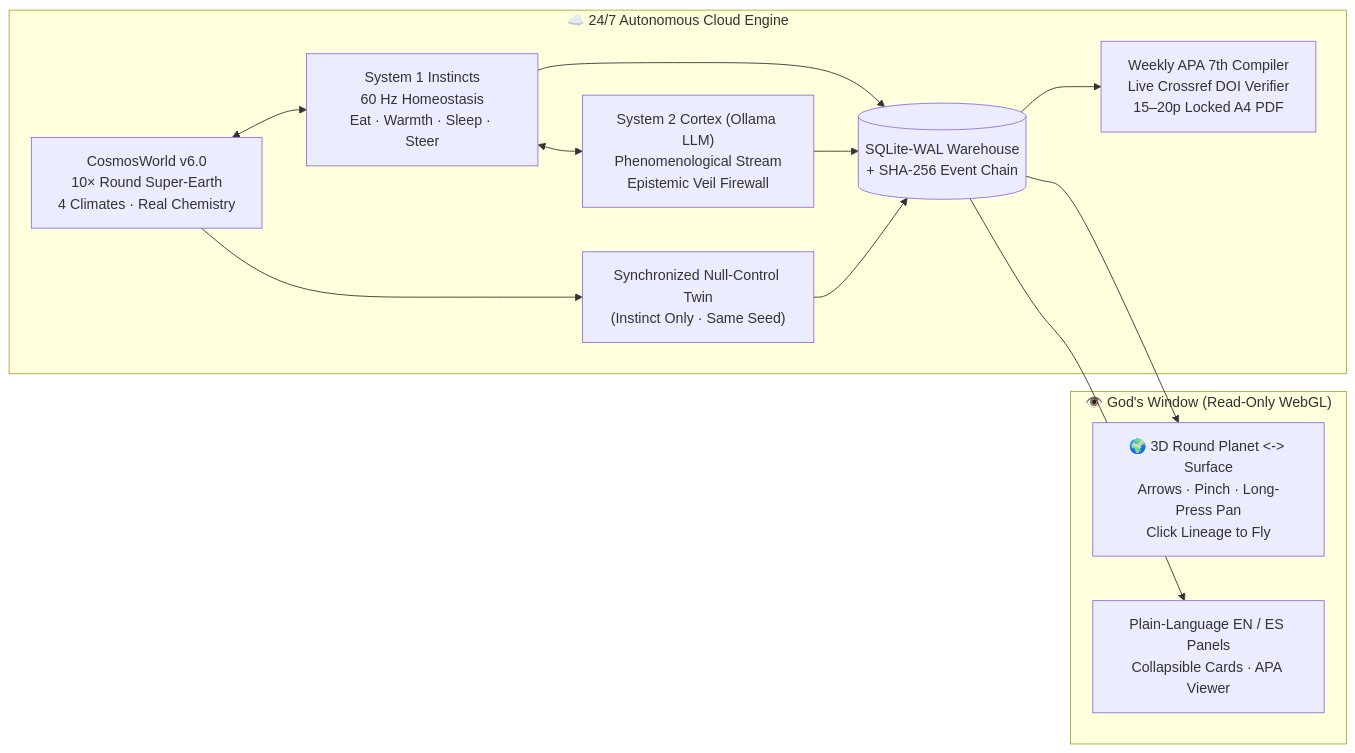
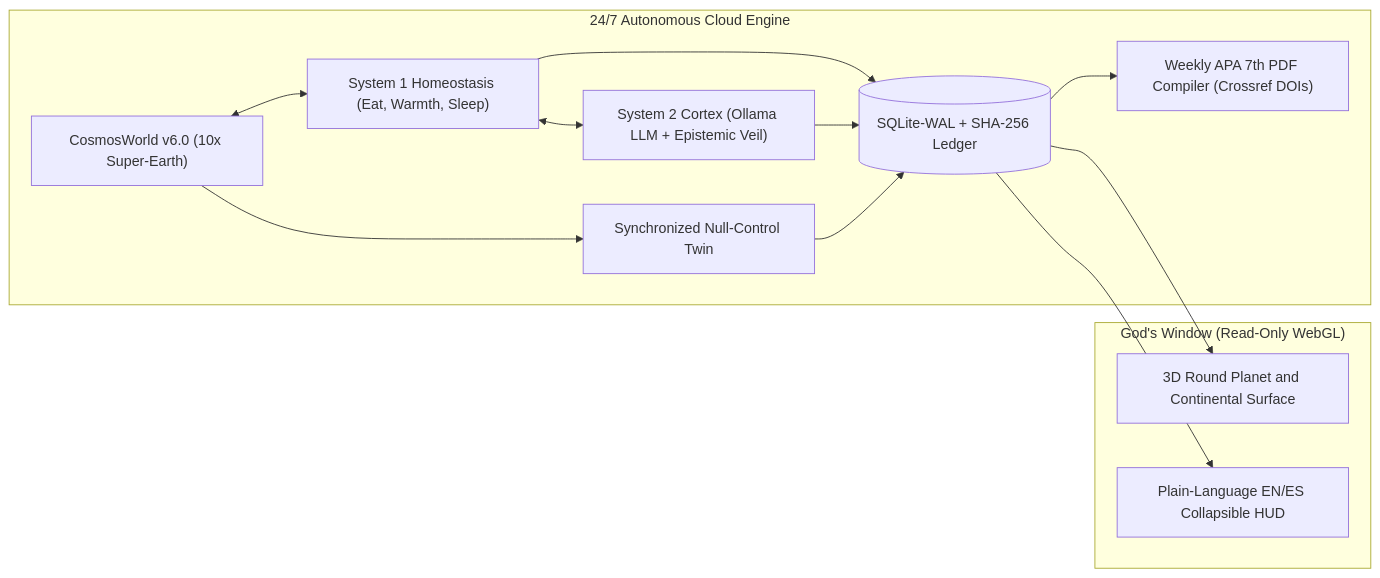
One commit to sergiobuedo/the-new-genesis changed the diagram in README.md. Above: the diagram before and after it, drawn with Mermaid. The commit also changed other lines of this file and 5 other files, not shown here.

Commit message:
fix(cloud): use python -m pytest in 24/7 cloud daemon, crisp 128-seg 3D globe & Mermaid showcase

````diff
--- a/README.md
+++ b/README.md
@@ -67,23 +72,23 @@
 ```mermaid
 flowchart LR
-    subgraph Cloud247["☁️ 24/7 Autonomous Cloud Engine"]
-        W["CosmosWorld v6.0\n10× Round Super-Earth\n4 Climates · Real Chemistry"]
-        S1["System 1 Instincts\n60 Hz Homeostasis\nEat · Warmth · Sleep · Steer"]
-        S2["System 2 Cortex (Ollama LLM)\nPhenomenological Stream\nEpistemic Veil Firewall"]
-        CTRL["Synchronized Null-Control Twin\n(Instinct Only · Same Seed)"]
-        DB[("SQLite-WAL Warehouse\n+ SHA-256 Event Chain")]
-        APA["Weekly APA 7th Compiler\nLive Crossref DOI Verifier\n15–20p Locked A4 PDF"]
+    subgraph Cloud247["24/7 Autonomous Cloud Engine"]
+        W["CosmosWorld v6.0 (10x Super-Earth)"]
+        S1["System 1 Homeostasis (Eat, Warmth, Sleep)"]
+        S2["System 2 Cortex (Ollama LLM + Epistemic Veil)"]
+        CTRL["Synchronized Null-Control Twin"]
+        DB[("SQLite-WAL + SHA-256 Ledger")]
+        APA["Weekly APA 7th PDF Compiler (Crossref DOIs)"]
     end
 
-    subgraph PublicGlass["👁️ God's Window (Read-Only WebGL)"]
-        GLOBE["🌍 3D Round Planet <-> Surface\nArrows · Pinch · Long-Press Pan\nClick Lineage to Fly"]
-        HUD["Plain-Language EN / ES Panels\nCollapsible Cards · APA Viewer"]
+    subgraph PublicGlass["God's Window (Read-Only WebGL)"]
+        GLOBE["3D Round Planet and Continental Surface"]
+        HUD["Plain-Language EN/ES Collapsible HUD"]
     end
 
     W <--> S1
     S1 <--> S2
     W --> CTRL
     S1 & S2 & CTRL --> DB
     DB --> APA
     DB --> GLOBE & HUD
 ```
````
